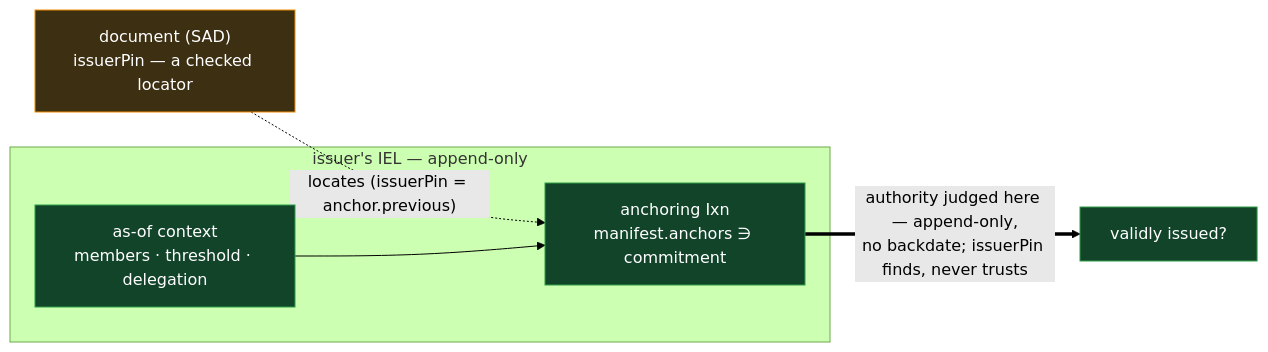
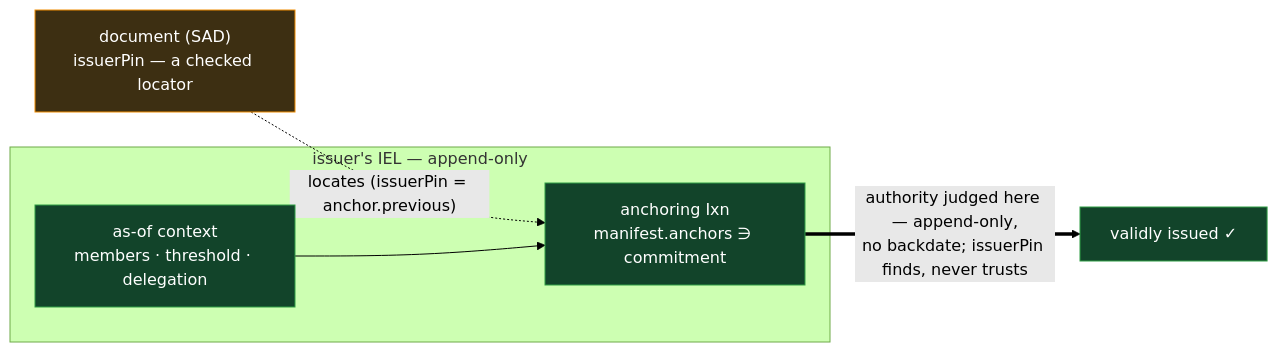
Before and after one commit to jasoncolburne/vdti: the diagram in docs/design/primitives/policy/documents.md, drawn with Mermaid (forest theme). The commit also changed 1 other file, not shown here.

Commit message:
VDTI-28: Features/Policy review

````diff
--- a/docs/design/primitives/policy/documents.md
+++ b/docs/design/primitives/policy/documents.md
@@ -54,12 +54,12 @@
 ```mermaid
 flowchart LR
   doc["document (SAD)<br/>issuerPin — a checked locator"]:::doc
   doc -.->|"locates (issuerPin = anchor.previous)"| anchor
   subgraph iel["issuer's IEL — append-only"]
     asof["as-of context<br/>members · threshold · delegation"]:::iel --> anchor["anchoring Ixn<br/>manifest.anchors ∋ commitment"]:::iel
   end
-  anchor ==>|"authority judged here — append-only,<br/>no backdate; issuerPin finds, never trusts"| ok["validly issued?"]:::good
+  anchor ==>|"authority judged here — append-only,<br/>no backdate; issuerPin finds, never trusts"| ok["validly issued ✓"]:::good
   classDef doc fill:#3d2f12,stroke:#f08c00,color:#fff
   classDef iel fill:#12442a,stroke:#2f9e44,color:#fff
   classDef good fill:#12442a,stroke:#2f9e44,color:#fff
 ```
````
